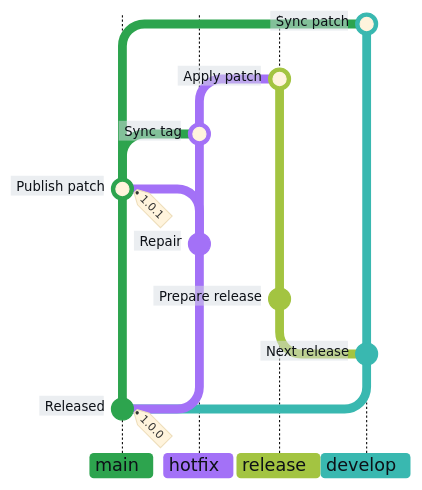
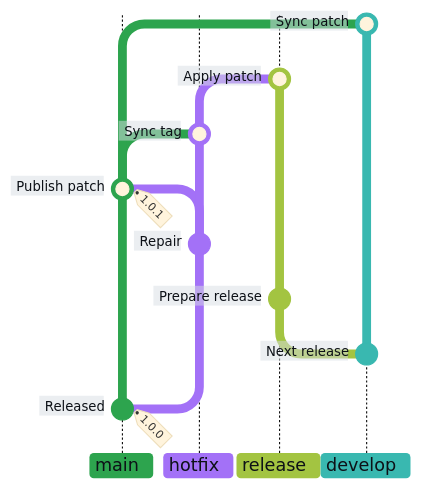
The third of 3 diagrams in docs/adr/cicd.md (superhero/operations.superduper.solutions), drawn with Mermaid before and after one commit. The commit also changed other lines of this file, not shown here.

Commit message:
docs: show main and develop as established parallel branches

````diff
--- a/docs/adr/cicd.md
+++ b/docs/adr/cicd.md
@@ -105,26 +108,28 @@
 ```mermaid
 %%{init: {"theme": "base", "gitGraph": {"showCommitLabel": true, "rotateCommitLabel": false}, "themeVariables": {
     "commitLabelFontSize": "12px", "commitLabelColor": "#0D1117", "commitLabelBackground": "#D8DEE4",
     "git0": "#2DA44E", "gitBranchLabel0": "#0D1117",
     "git1": "#A371F7", "gitBranchLabel1": "#0D1117",
     "git2": "#A3C441", "gitBranchLabel2": "#0D1117",
     "git3": "#39B8B0", "gitBranchLabel3": "#0D1117"
 }}}%%
 gitGraph BT:
+    branch develop order: 3
+    checkout main
     commit id: "Released" tag: "1.0.0"
-    branch develop order: 3
+    checkout develop
     commit id: "Next release"
     branch "release" order: 2
     commit id: "Prepare release"
     checkout main
     branch "hotfix" order: 1
     commit id: "Repair"
     checkout main
     merge "hotfix" id: "Publish patch" tag: "1.0.1"
     checkout "hotfix"
     merge main id: "Sync tag"
     checkout "release"
     merge "hotfix" id: "Apply patch"
     checkout develop
     merge main id: "Sync patch"
 ```
````
